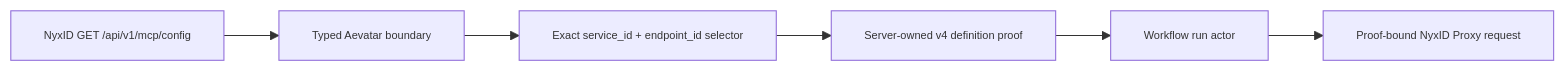
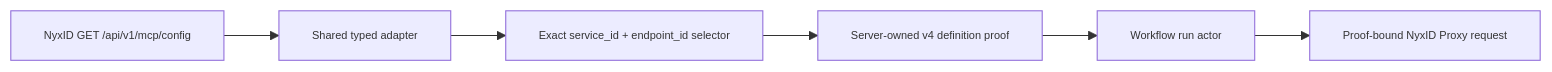
One commit to aevatarAI/aevatar changed the diagram in docs/canon/nyxid-connected-service-tools.md. Above: the diagram before and after it, drawn with Mermaid. The commit also changed other lines of this file and 25 other files, not shown here.

````diff
--- a/docs/canon/nyxid-connected-service-tools.md
+++ b/docs/canon/nyxid-connected-service-tools.md
@@ -49,9 +63,9 @@
 ```mermaid
 %%{init: {"maxTextSize": 100000, "flowchart": {"useMaxWidth": false, "nodeSpacing": 10, "rankSpacing": 50}, "themeVariables": {"fontSize": "10px"}}}%%
 flowchart LR
-    A["NyxID GET /api/v1/mcp/config"] --> B["Typed Aevatar boundary"]
+    A["NyxID GET /api/v1/mcp/config"] --> B["Shared typed adapter"]
     B --> C["Exact service_id + endpoint_id selector"]
     C --> D["Server-owned v4 definition proof"]
     D --> E["Workflow run actor"]
     E --> F["Proof-bound NyxID Proxy request"]
 ```
````
